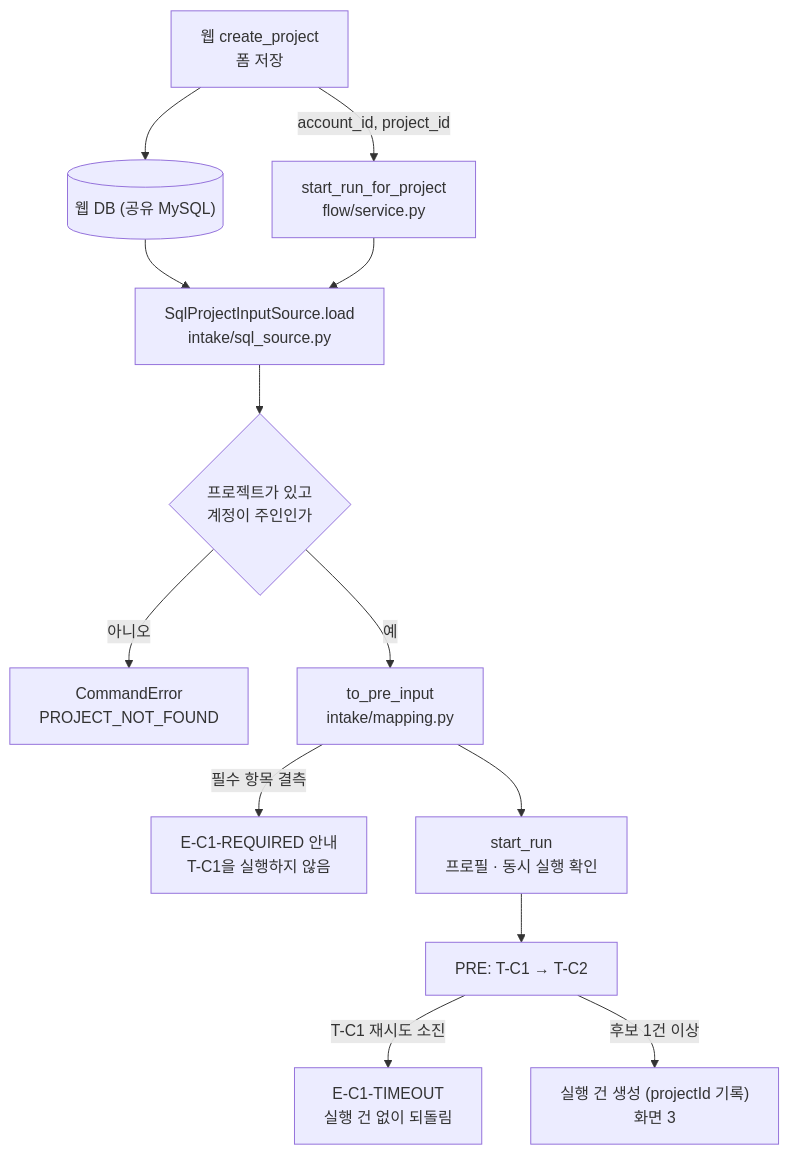
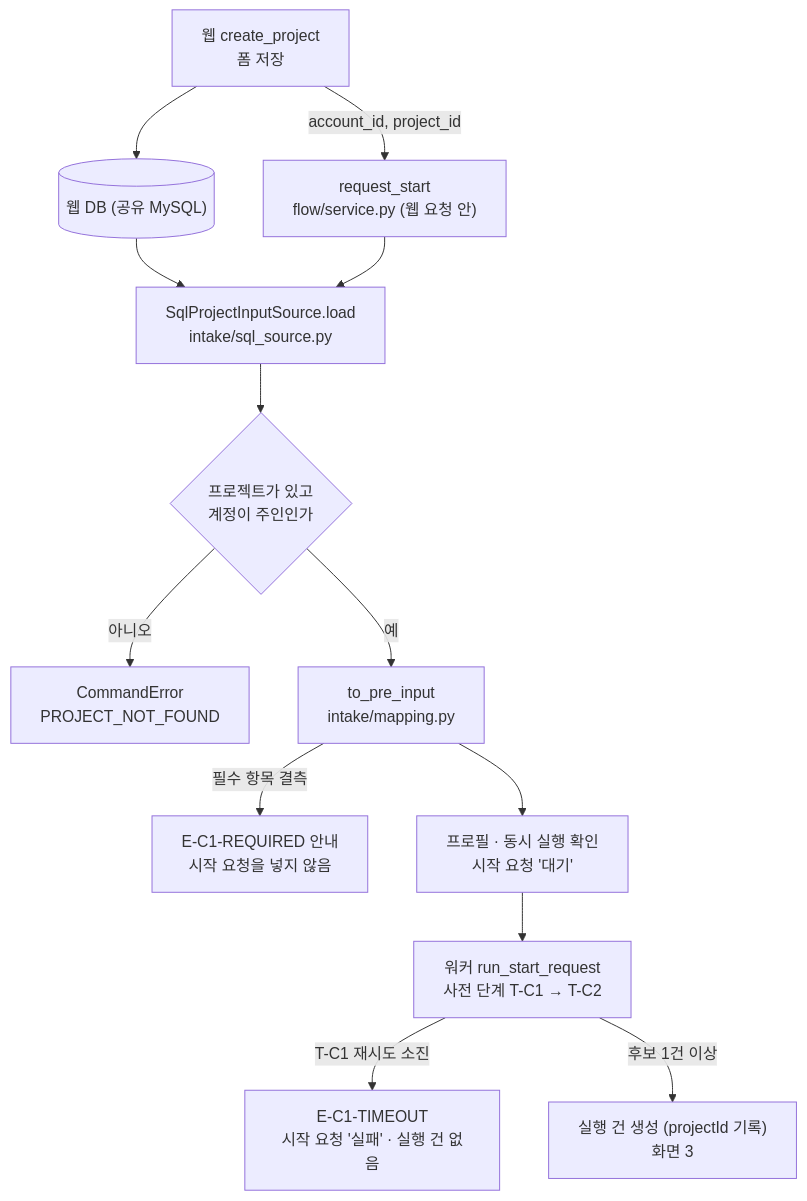
The diagram in agent-orchestration/docs/T-C1_요구사항해석_구현.md (SKNETWORKS-FAMILY-AICAMP/SKN32-FINAL-1TEAM), drawn with Mermaid before and after one commit. The commit also changed other lines of this file and 291 other files, not shown here.

````diff
--- a/agent-orchestration/docs/T-C1_요구사항해석_구현.md
+++ b/agent-orchestration/docs/T-C1_요구사항해석_구현.md
@@ -30,15 +29,15 @@
 ```mermaid
 flowchart TD
   W["웹 create_project<br/>폼 저장"] --> DB[("웹 DB (공유 MySQL)")]
-  W -- "account_id, project_id" --> S["start_run_for_project<br/>flow/service.py"]
+  W -- "account_id, project_id" --> S["request_start<br/>flow/service.py (웹 요청 안)"]
   DB --> L["SqlProjectInputSource.load<br/>intake/sql_source.py"]
   S --> L
   L --> O{"프로젝트가 있고<br/>계정이 주인인가"}
   O -- 아니오 --> X1["CommandError<br/>PROJECT_NOT_FOUND"]
   O -- 예 --> M["to_pre_input<br/>intake/mapping.py"]
-  M -- 필수 항목 결측 --> X2["E-C1-REQUIRED 안내<br/>T-C1을 실행하지 않음"]
-  M --> R["start_run<br/>프로필 · 동시 실행 확인"]
-  R --> P["PRE: T-C1 → T-C2"]
-  P -- "T-C1 재시도 소진" --> X3["E-C1-TIMEOUT<br/>실행 건 없이 되돌림"]
-  P -- "후보 1건 이상" --> RUN["실행 건 생성 (projectId 기록)<br/>화면 3"]
+  M -- 필수 항목 결측 --> X2["E-C1-REQUIRED 안내<br/>시작 요청을 넣지 않음"]
+  M --> R["프로필 · 동시 실행 확인<br/>시작 요청 '대기'"]
+  R --> WK["워커 run_start_request<br/>사전 단계 T-C1 → T-C2"]
+  WK -- "T-C1 재시도 소진" --> X3["E-C1-TIMEOUT<br/>시작 요청 '실패' · 실행 건 없음"]
+  WK -- "후보 1건 이상" --> RUN["실행 건 생성 (projectId 기록)<br/>화면 3"]
 ```
````
